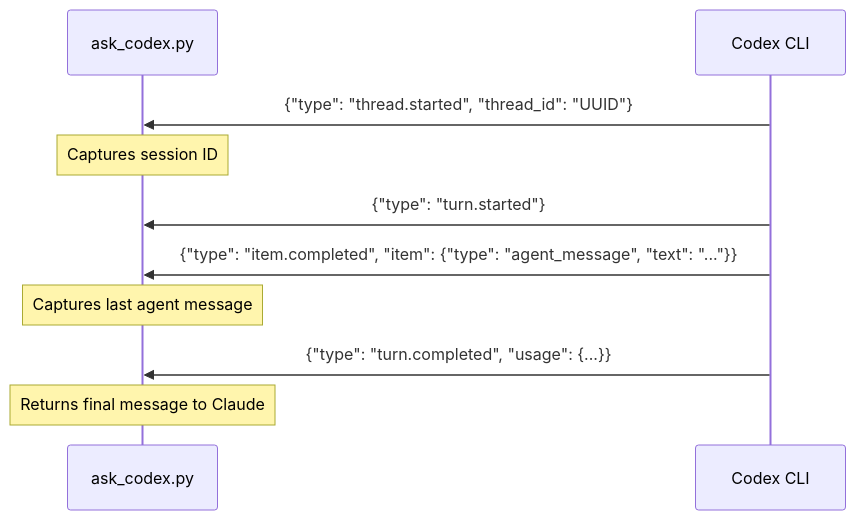
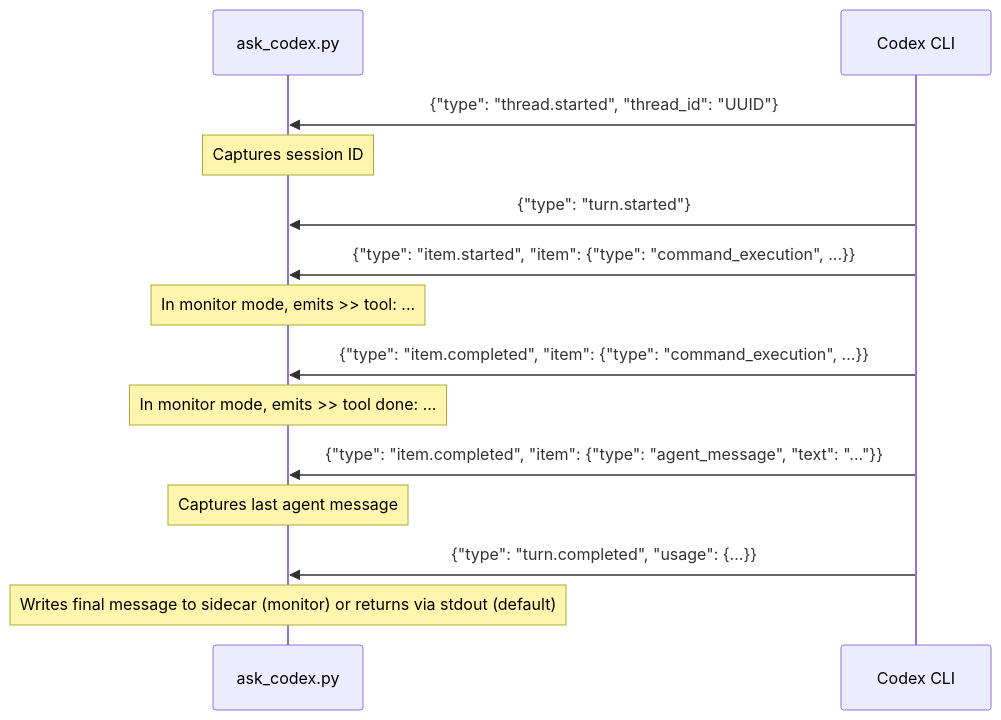
Before and after one commit to ehzawad/codex-opinion: the second of 3 diagrams in DESIGN.md, drawn with Mermaid. The commit also changed other lines of this file and 8 other files, not shown here.

````diff
--- a/DESIGN.md
+++ b/DESIGN.md
@@ -37,13 +37,17 @@
 ```mermaid
 sequenceDiagram
     participant S as ask_codex.py
     participant X as Codex CLI
 
     X->>S: {"type": "thread.started", "thread_id": "UUID"}
     Note over S: Captures session ID
     X->>S: {"type": "turn.started"}
+    X->>S: {"type": "item.started", "item": {"type": "command_execution", ...}}
+    Note over S: In monitor mode, emits >> tool: ...
+    X->>S: {"type": "item.completed", "item": {"type": "command_execution", ...}}
+    Note over S: In monitor mode, emits >> tool done: ...
     X->>S: {"type": "item.completed", "item": {"type": "agent_message", "text": "..."}}
     Note over S: Captures last agent message
     X->>S: {"type": "turn.completed", "usage": {...}}
-    Note over S: Returns final message to Claude
+    Note over S: Writes final message to sidecar (monitor) or returns via stdout (default)
 ```
````
